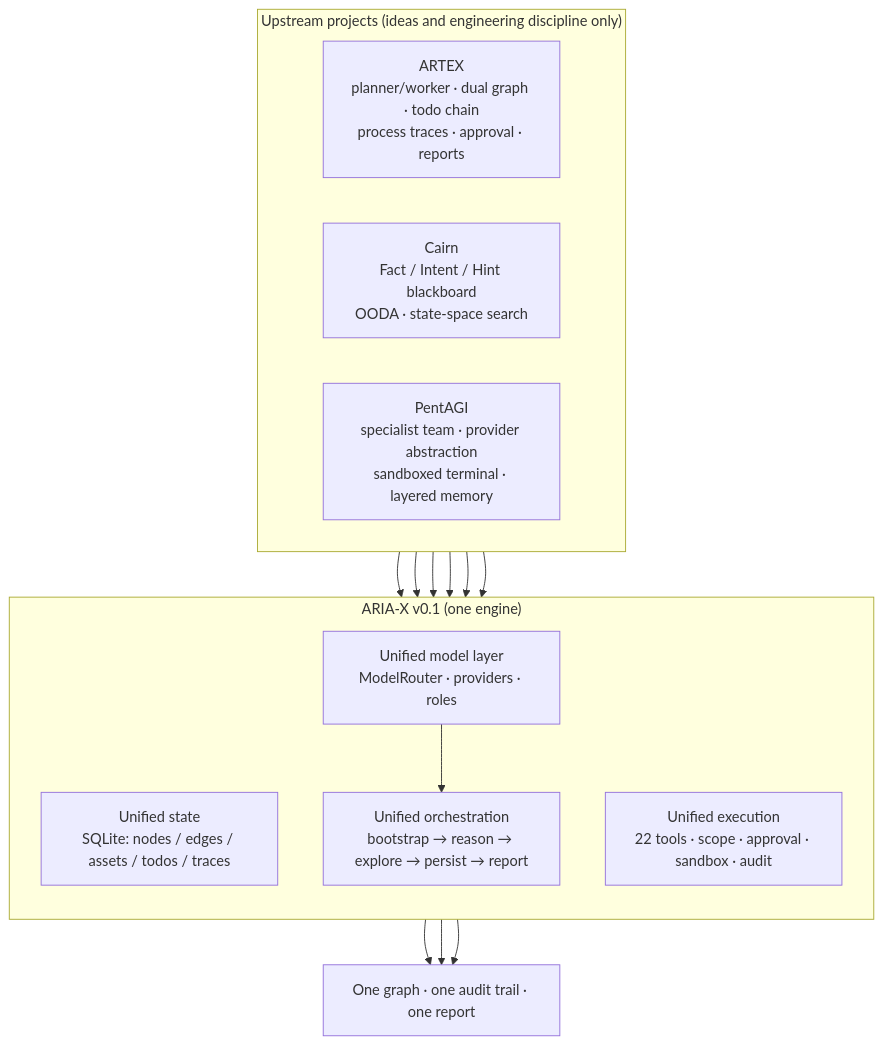
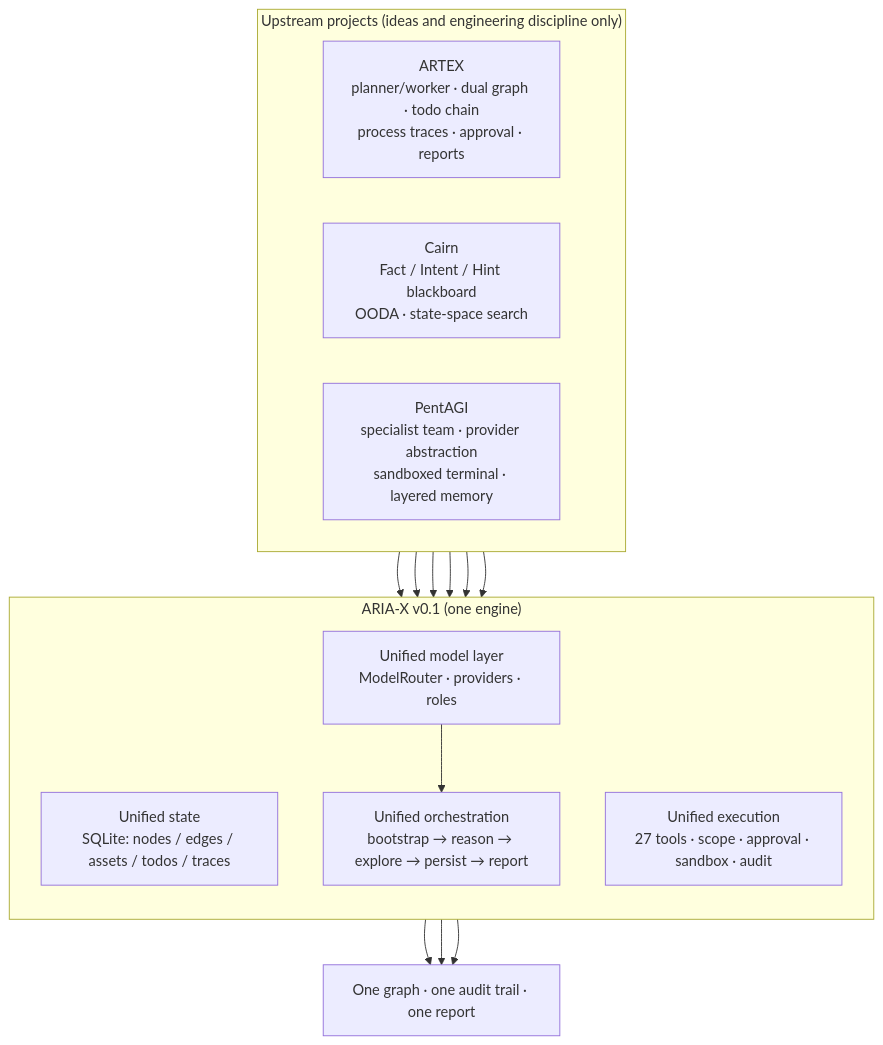
The diagram in README.en.md (01NGVI-QINGYI/ARIA-X), drawn with Mermaid before and after one commit. The commit also changed other lines of this file and 20 other files, not shown here.

````diff
--- a/README.en.md
+++ b/README.en.md
@@ -105,28 +105,28 @@
 ```mermaid
 flowchart TB
     subgraph UP["Upstream projects (ideas and engineering discipline only)"]
         direction LR
         A["ARTEX<br/>planner/worker · dual graph · todo chain<br/>process traces · approval · reports"]
         C["Cairn<br/>Fact / Intent / Hint blackboard<br/>OODA · state-space search"]
         P["PentAGI<br/>specialist team · provider abstraction<br/>sandboxed terminal · layered memory"]
     end
 
     subgraph ARIA-X["ARIA-X v0.1 (one engine)"]
         direction TB
         ST["Unified state<br/>SQLite: nodes / edges / assets / todos / traces"]
         OR["Unified orchestration<br/>bootstrap → reason → explore → persist → report"]
-        EX["Unified execution<br/>22 tools · scope · approval · sandbox · audit"]
+        EX["Unified execution<br/>27 tools · scope · approval · sandbox · audit"]
         LM["Unified model layer<br/>ModelRouter · providers · roles"]
     end
 
     C --> ST
     C --> OR
     A --> OR
     A --> ST
     P --> LM
     P --> EX
     ST --> OUT["One graph · one audit trail · one report"]
     OR --> OUT
     EX --> OUT
     LM --> OR
 ```
````
